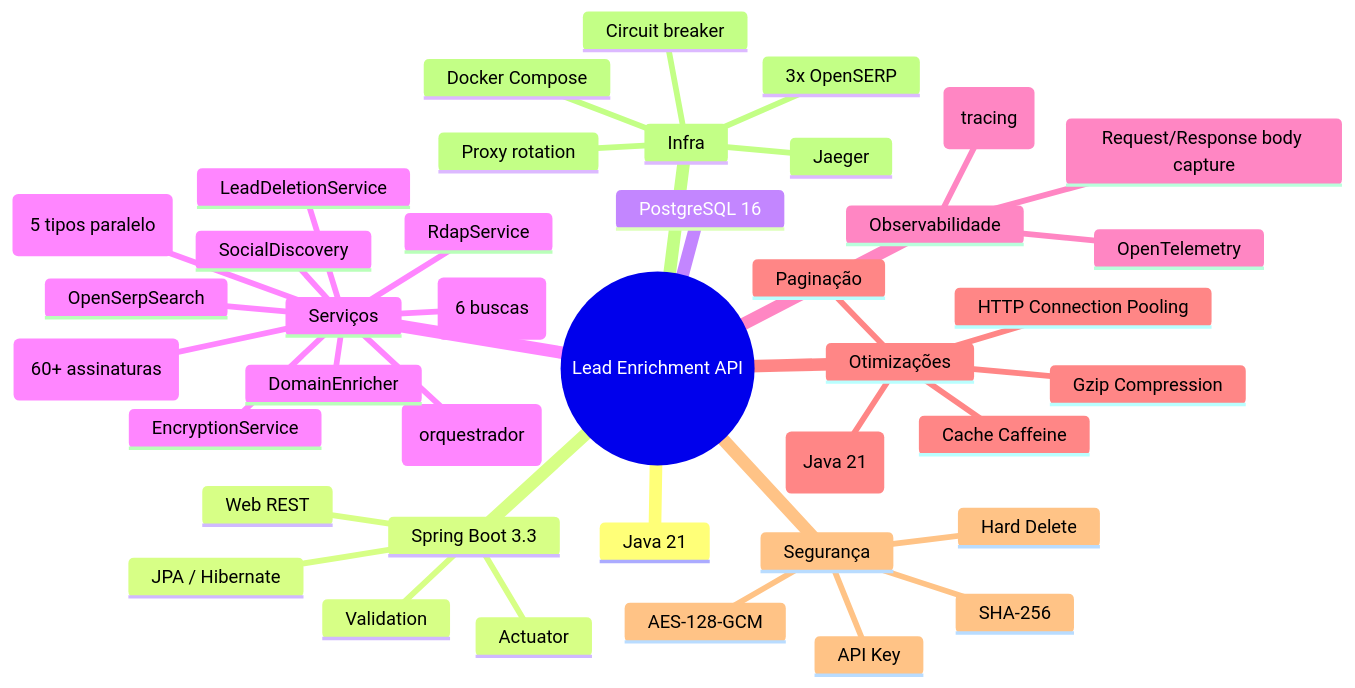
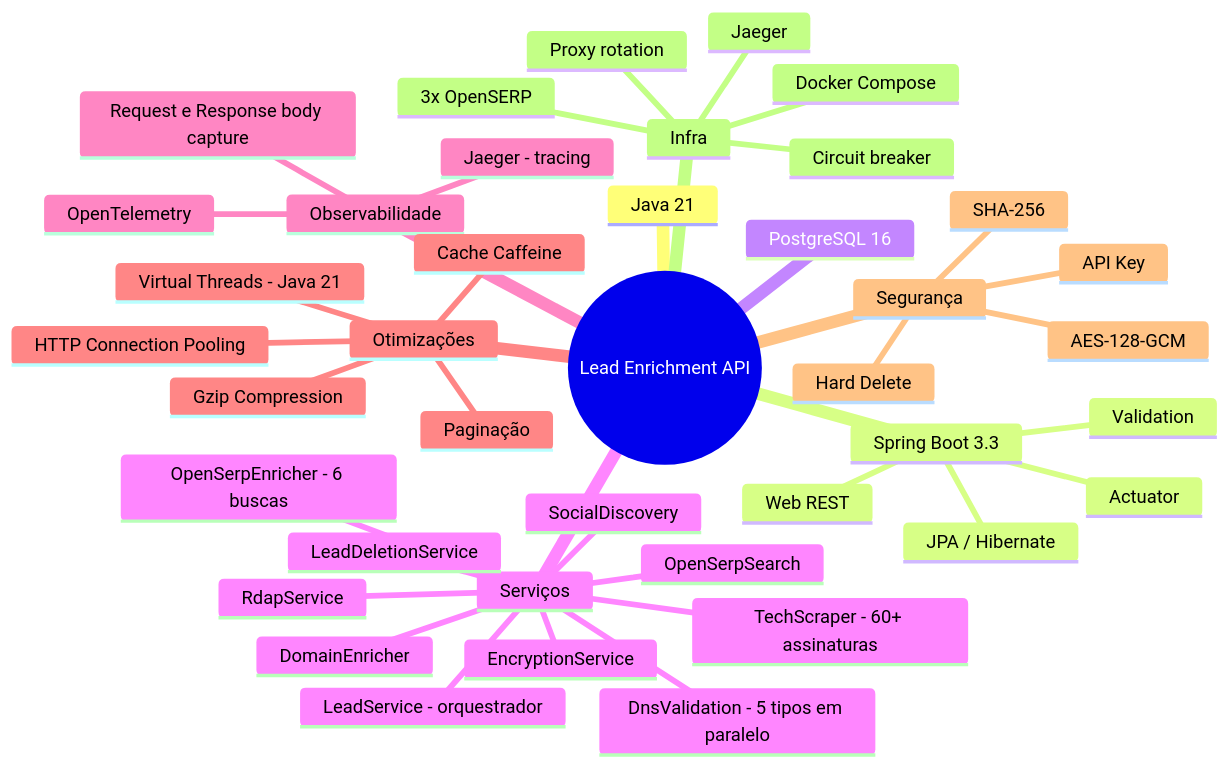
The diagram in README.md (pdrodavi/lead-enrichment-api), drawn with Mermaid before and after one commit.

Commit message:
up readme

````diff
--- a/README.md
+++ b/README.md
@@ -94,43 +94,43 @@
 ```mermaid
 mindmap
   root((Lead Enrichment API))
     Java 21
     Spring Boot 3.3
       Web REST
       JPA / Hibernate
       Actuator
       Validation
     PostgreSQL 16
     Serviços
-      LeadService (orquestrador)
-      OpenSerpEnricher (6 buscas)
+      LeadService - orquestrador
+      OpenSerpEnricher - 6 buscas
       DomainEnricher
       LeadDeletionService
-      DnsValidation (5 tipos paralelo)
-      TechScraper (60+ assinaturas)
+      DnsValidation - 5 tipos em paralelo
+      TechScraper - 60+ assinaturas
       SocialDiscovery
       RdapService
       OpenSerpSearch
       EncryptionService
     Observabilidade
       OpenTelemetry
-      Jaeger (tracing)
-      Request/Response body capture
+      Jaeger - tracing
+      Request e Response body capture
     Otimizações
       Cache Caffeine
       HTTP Connection Pooling
-      Virtual Threads (Java 21)
+      Virtual Threads - Java 21
       Gzip Compression
       Paginação
     Segurança
       AES-128-GCM
       SHA-256
       API Key
       Hard Delete
     Infra
       Docker Compose
       Jaeger
       3x OpenSERP
       Proxy rotation
       Circuit breaker
 ```
````
